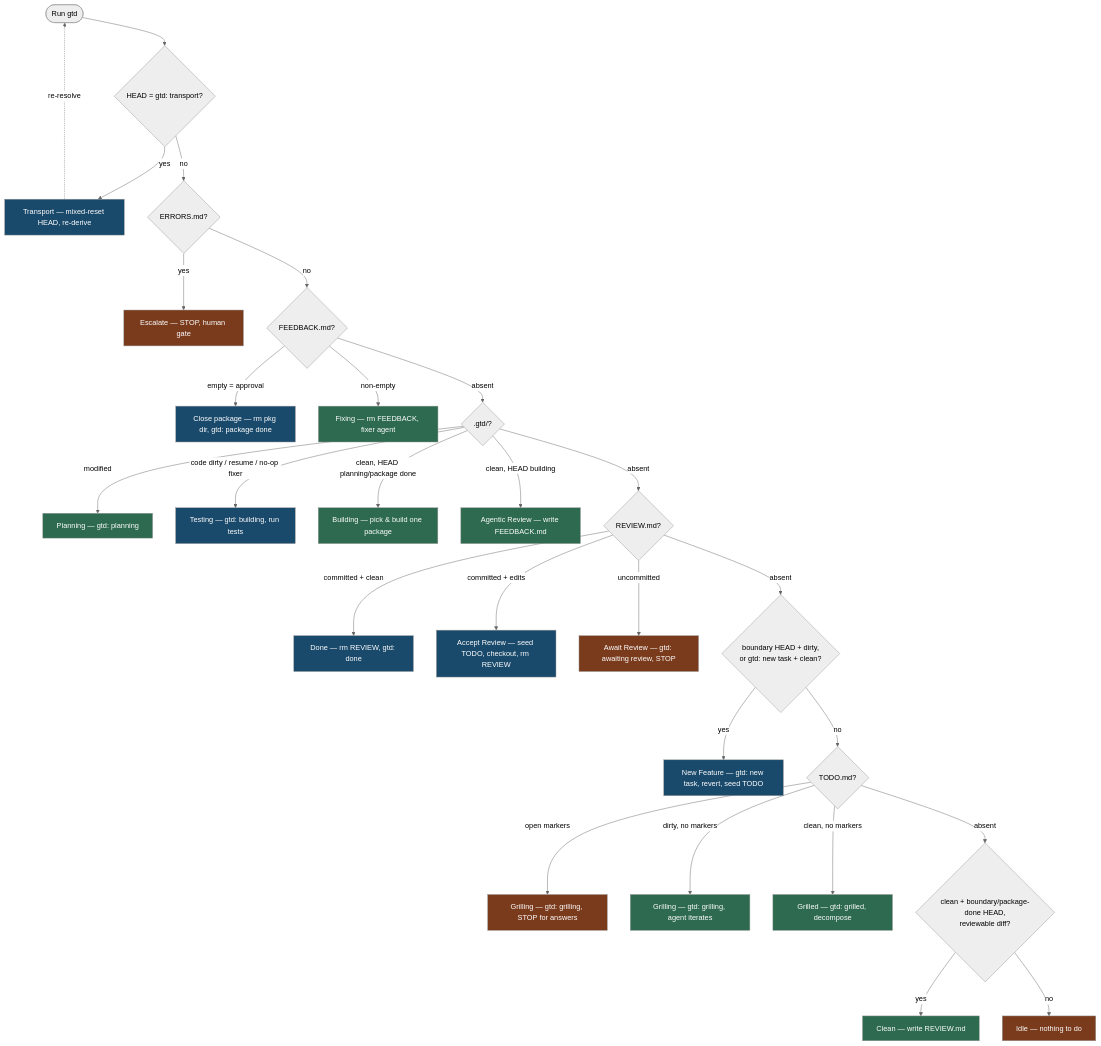
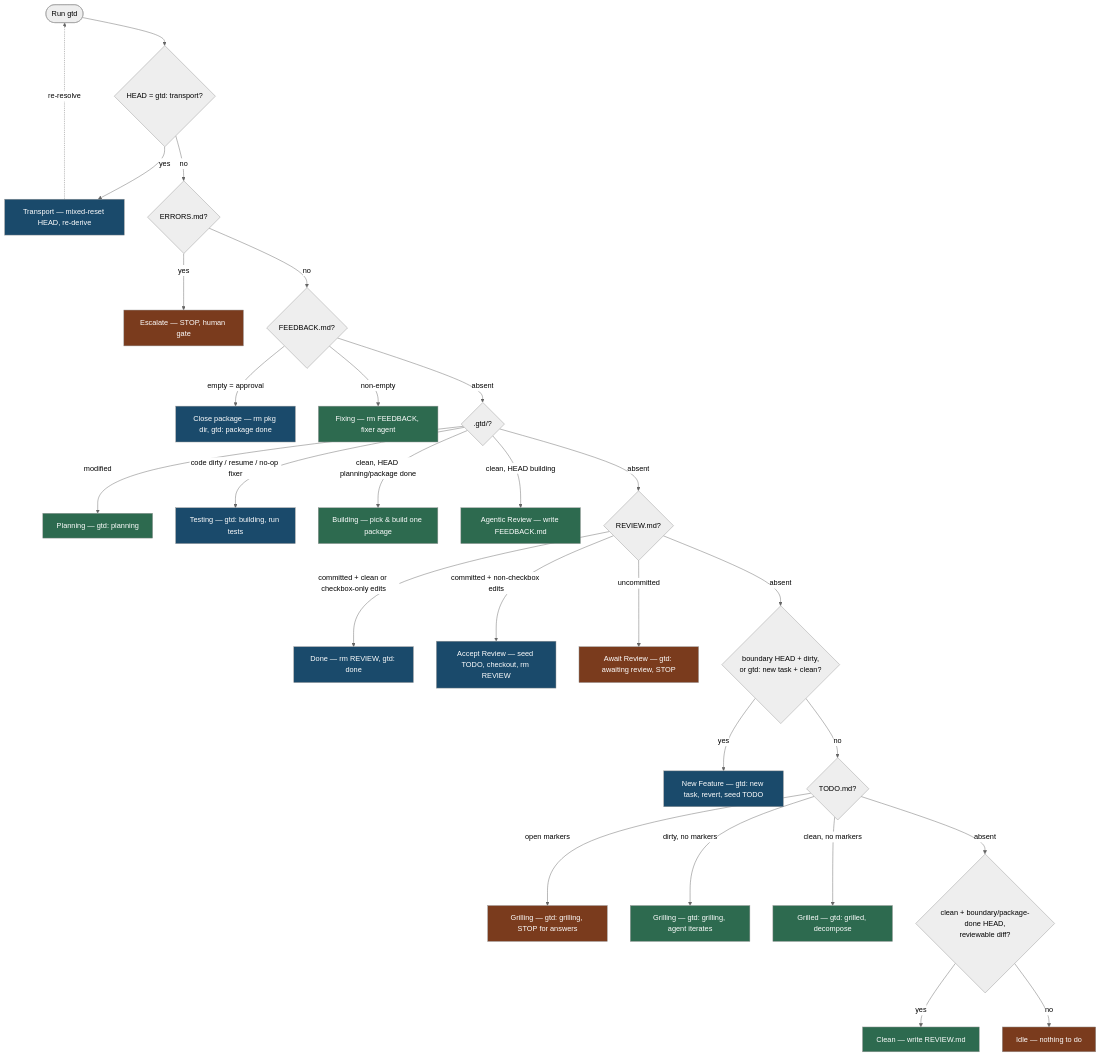
Before and after one commit to pmelab/gtd: the diagram in README.md, drawn with Mermaid (neutral theme). The commit also changed other lines of this file, not shown here.

Commit message:
gtd: building

````diff
--- a/README.md
+++ b/README.md
@@ -144,32 +146,32 @@
 ```mermaid
 flowchart TD
     Start([Run gtd]) --> P0{"HEAD = gtd: transport?"}
     P0 -->|yes| Transport["Transport — mixed-reset HEAD, re-derive"]:::edge
     Transport -.->|re-resolve| Start
     P0 -->|no| P1{"ERRORS.md?"}
     P1 -->|yes| Escalate["Escalate — STOP, human gate"]:::gate
     P1 -->|no| P2{"FEEDBACK.md?"}
     P2 -->|"empty = approval"| Close["Close package — rm pkg dir, gtd: package done"]:::edge
     P2 -->|"non-empty"| Fixing["Fixing — rm FEEDBACK, fixer agent"]:::agent
     P2 -->|absent| P3{".gtd/?"}
     P3 -->|"modified"| Planning["Planning — gtd: planning"]:::agent
     P3 -->|"code dirty / resume / no-op fixer"| Testing["Testing — gtd: building, run tests"]:::edge
     P3 -->|"clean, HEAD planning/package done"| Building["Building — pick & build one package"]:::agent
     P3 -->|"clean, HEAD building"| Review["Agentic Review — write FEEDBACK.md"]:::agent
     P3 -->|absent| P4{"REVIEW.md?"}
-    P4 -->|"committed + clean"| Done["Done — rm REVIEW, gtd: done"]:::edge
-    P4 -->|"committed + edits"| Accept["Accept Review — seed TODO, checkout, rm REVIEW"]:::edge
+    P4 -->|"committed + clean or checkbox-only edits"| Done["Done — rm REVIEW, gtd: done"]:::edge
+    P4 -->|"committed + non-checkbox edits"| Accept["Accept Review — seed TODO, checkout, rm REVIEW"]:::edge
     P4 -->|"uncommitted"| Await["Await Review — gtd: awaiting review, STOP"]:::gate
     P4 -->|absent| P5{"boundary HEAD + dirty,<br/>or gtd: new task + clean?"}
     P5 -->|yes| NewFeature["New Feature — gtd: new task, revert, seed TODO"]:::edge
     P5 -->|no| P6{"TODO.md?"}
     P6 -->|"open markers"| GrillStop["Grilling — gtd: grilling, STOP for answers"]:::gate
     P6 -->|"dirty, no markers"| GrillIter["Grilling — gtd: grilling, agent iterates"]:::agent
     P6 -->|"clean, no markers"| Grilled["Grilled — gtd: grilled, decompose"]:::agent
     P6 -->|absent| P7{"clean + boundary/package-done HEAD,<br/>reviewable diff?"}
     P7 -->|yes| CleanState["Clean — write REVIEW.md"]:::agent
     P7 -->|no| Idle["Idle — nothing to do"]:::gate
     classDef edge fill:#1a4a6b,color:#fff
     classDef agent fill:#2d6a4f,color:#fff
     classDef gate fill:#7a3b1d,color:#fff
 ```
````
